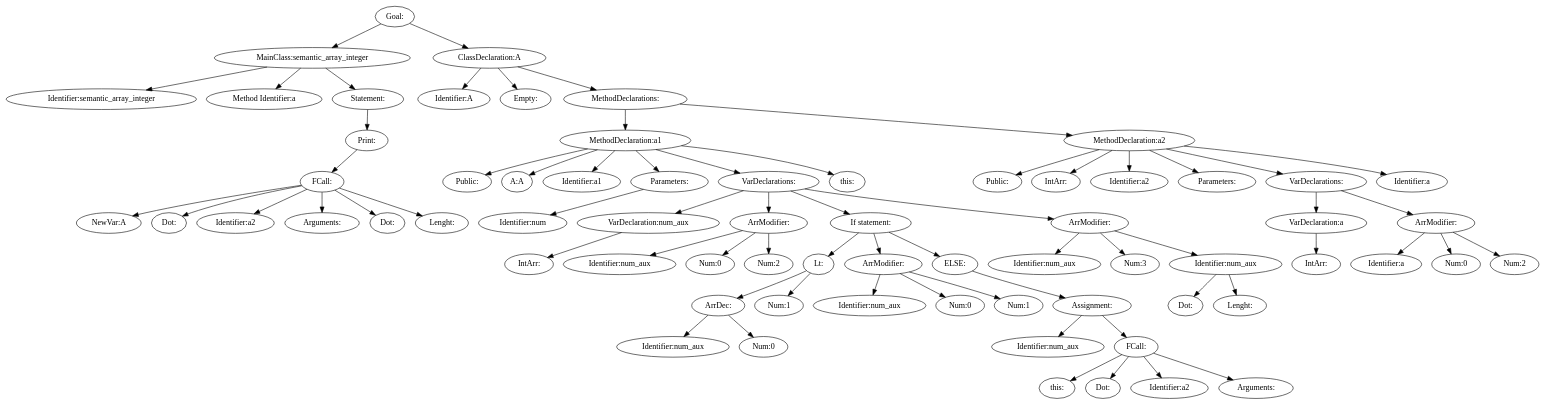
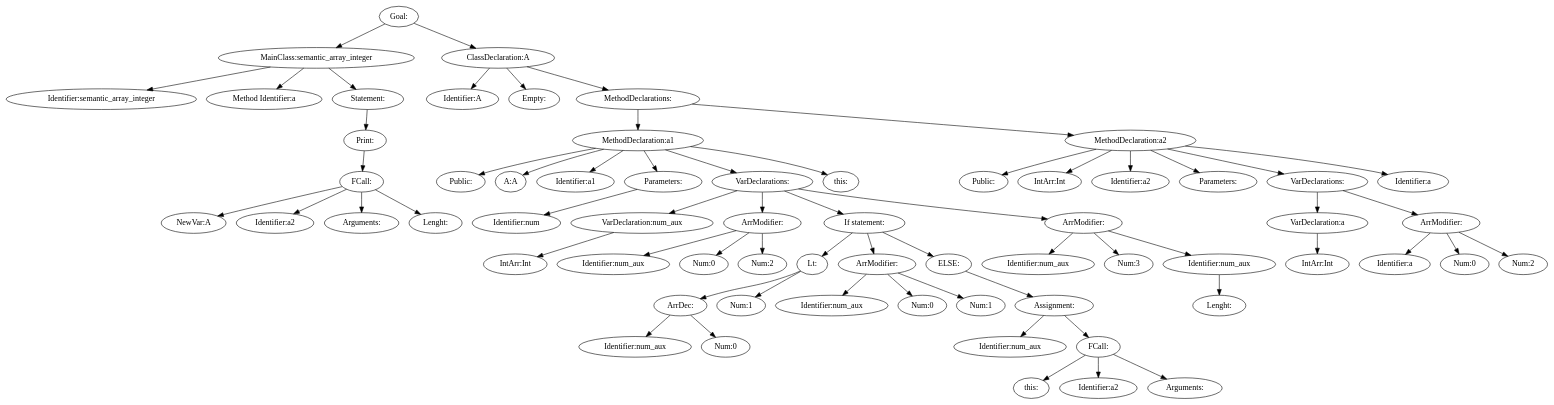
Before and after one commit to JakobAdamsson/Compiler-and-translation-technique: the diagram in assignment2/assignment/temp_dot_files/valid/semantic_array_integer.java.dot, drawn with Graphviz. The commit also changed 150 other files, not shown here.

```diff
--- a/assignment2/assignment/temp_dot_files/valid/semantic_array_integer.java.dot
+++ b/assignment2/assignment/temp_dot_files/valid/semantic_array_integer.java.dot
@@ -1,137 +1,129 @@
 digraph {
 n0 [label="Goal:"];
 n1 [label="MainClass:semantic_array_integer"];
 n2 [label="Identifier:semantic_array_integer"];
 n1 -> n2
 n3 [label="Method Identifier:a"];
 n1 -> n3
 n4 [label="Statement:"];
 n5 [label="Print:"];
 n6 [label="FCall:"];
 n7 [label="NewVar:A"];
 n6 -> n7
-n8 [label="Dot:"];
+n8 [label="Identifier:a2"];
 n6 -> n8
-n9 [label="Identifier:a2"];
+n9 [label="Arguments:"];
 n6 -> n9
-n10 [label="Arguments:"];
+n10 [label="Lenght:"];
 n6 -> n10
-n11 [label="Dot:"];
-n6 -> n11
-n12 [label="Lenght:"];
-n6 -> n12
 n5 -> n6
 n4 -> n5
 n1 -> n4
 n0 -> n1
-n13 [label="ClassDeclaration:A"];
-n14 [label="Identifier:A"];
-n13 -> n14
-n15 [label="Empty:"];
-n13 -> n15
-n16 [label="MethodDeclarations:"];
-n17 [label="MethodDeclaration:a1"];
-n18 [label="Public:"];
-n17 -> n18
-n19 [label="A:A"];
-n17 -> n19
-n20 [label="Identifier:a1"];
-n17 -> n20
-n21 [label="Parameters:"];
-n22 [label="Identifier:num"];
+n11 [label="ClassDeclaration:A"];
+n12 [label="Identifier:A"];
+n11 -> n12
+n13 [label="Empty:"];
+n11 -> n13
+n14 [label="MethodDeclarations:"];
+n15 [label="MethodDeclaration:a1"];
+n16 [label="Public:"];
+n15 -> n16
+n17 [label="A:A"];
+n15 -> n17
+n18 [label="Identifier:a1"];
+n15 -> n18
+n19 [label="Parameters:"];
+n20 [label="Identifier:num"];
+n19 -> n20
+n15 -> n19
+n21 [label="VarDeclarations:"];
+n22 [label="VarDeclaration:num_aux"];
+n23 [label="IntArr:Int"];
+n22 -> n23
 n21 -> n22
-n17 -> n21
-n23 [label="VarDeclarations:"];
-n24 [label="VarDeclaration:num_aux"];
-n25 [label="IntArr:"];
+n24 [label="ArrModifier:"];
+n25 [label="Identifier:num_aux"];
 n24 -> n25
-n23 -> n24
-n26 [label="ArrModifier:"];
-n27 [label="Identifier:num_aux"];
-n26 -> n27
-n28 [label="Num:0"];
-n26 -> n28
-n29 [label="Num:2"];
-n26 -> n29
-n23 -> n26
-n30 [label="If statement:"];
-n31 [label="Lt:"];
-n32 [label="ArrDec:"];
-n33 [label="Identifier:num_aux"];
-n32 -> n33
-n34 [label="Num:0"];
-n32 -> n34
-n31 -> n32
-n35 [label="Num:1"];
-n31 -> n35
+n26 [label="Num:0"];
+n24 -> n26
+n27 [label="Num:2"];
+n24 -> n27
+n21 -> n24
+n28 [label="If statement:"];
+n29 [label="Lt:"];
+n30 [label="ArrDec:"];
+n31 [label="Identifier:num_aux"];
 n30 -> n31
-n36 [label="ArrModifier:"];
-n37 [label="Identifier:num_aux"];
-n36 -> n37
-n38 [label="Num:0"];
-n36 -> n38
-n39 [label="Num:1"];
-n36 -> n39
-n30 -> n36
-n40 [label="ELSE:"];
-n41 [label="Assignment:"];
-n42 [label="Identifier:num_aux"];
+n32 [label="Num:0"];
+n30 -> n32
+n29 -> n30
+n33 [label="Num:1"];
+n29 -> n33
+n28 -> n29
+n34 [label="ArrModifier:"];
+n35 [label="Identifier:num_aux"];
+n34 -> n35
+n36 [label="Num:0"];
+n34 -> n36
+n37 [label="Num:1"];
+n34 -> n37
+n28 -> n34
+n38 [label="ELSE:"];
+n39 [label="Assignment:"];
+n40 [label="Identifier:num_aux"];
+n39 -> n40
+n41 [label="FCall:"];
+n42 [label="this:"];
 n41 -> n42
-n43 [label="FCall:"];
-n44 [label="this:"];
-n43 -> n44
-n45 [label="Dot:"];
-n43 -> n45
-n46 [label="Identifier:a2"];
-n43 -> n46
-n47 [label="Arguments:"];
-n43 -> n47
+n43 [label="Identifier:a2"];
 n41 -> n43
-n40 -> n41
-n30 -> n40
-n23 -> n30
-n48 [label="ArrModifier:"];
-n49 [label="Identifier:num_aux"];
+n44 [label="Arguments:"];
+n41 -> n44
+n39 -> n41
+n38 -> n39
+n28 -> n38
+n21 -> n28
+n45 [label="ArrModifier:"];
+n46 [label="Identifier:num_aux"];
+n45 -> n46
+n47 [label="Num:3"];
+n45 -> n47
+n48 [label="Identifier:num_aux"];
+n49 [label="Lenght:"];
 n48 -> n49
-n50 [label="Num:3"];
-n48 -> n50
-n51 [label="Identifier:num_aux"];
-n52 [label="Dot:"];
+n45 -> n48
+n21 -> n45
+n15 -> n21
+n50 [label="this:"];
+n15 -> n50
+n14 -> n15
+n51 [label="MethodDeclaration:a2"];
+n52 [label="Public:"];
 n51 -> n52
-n53 [label="Lenght:"];
+n53 [label="IntArr:Int"];
 n51 -> n53
-n48 -> n51
-n23 -> n48
-n17 -> n23
-n54 [label="this:"];
-n17 -> n54
-n16 -> n17
-n55 [label="MethodDeclaration:a2"];
-n56 [label="Public:"];
-n55 -> n56
-n57 [label="IntArr:"];
-n55 -> n57
-n58 [label="Identifier:a2"];
-n55 -> n58
-n59 [label="Parameters:"];
-n55 -> n59
-n60 [label="VarDeclarations:"];
-n61 [label="VarDeclaration:a"];
-n62 [label="IntArr:"];
-n61 -> n62
-n60 -> n61
-n63 [label="ArrModifier:"];
-n64 [label="Identifier:a"];
-n63 -> n64
-n65 [label="Num:0"];
-n63 -> n65
-n66 [label="Num:2"];
-n63 -> n66
-n60 -> n63
-n55 -> n60
-n67 [label="Identifier:a"];
-n55 -> n67
-n16 -> n55
-n13 -> n16
-n0 -> n13
+n54 [label="Identifier:a2"];
+n51 -> n54
+n55 [label="Parameters:"];
+n51 -> n55
+n56 [label="VarDeclarations:"];
+n57 [label="VarDeclaration:a"];
+n58 [label="IntArr:Int"];
+n57 -> n58
+n56 -> n57
+n59 [label="ArrModifier:"];
+n60 [label="Identifier:a"];
+n59 -> n60
+n61 [label="Num:0"];
+n59 -> n61
+n62 [label="Num:2"];
+n59 -> n62
+n56 -> n59
+n51 -> n56
+n63 [label="Identifier:a"];
+n51 -> n63
+n14 -> n51
+n11 -> n14
+n0 -> n11
 }
```
